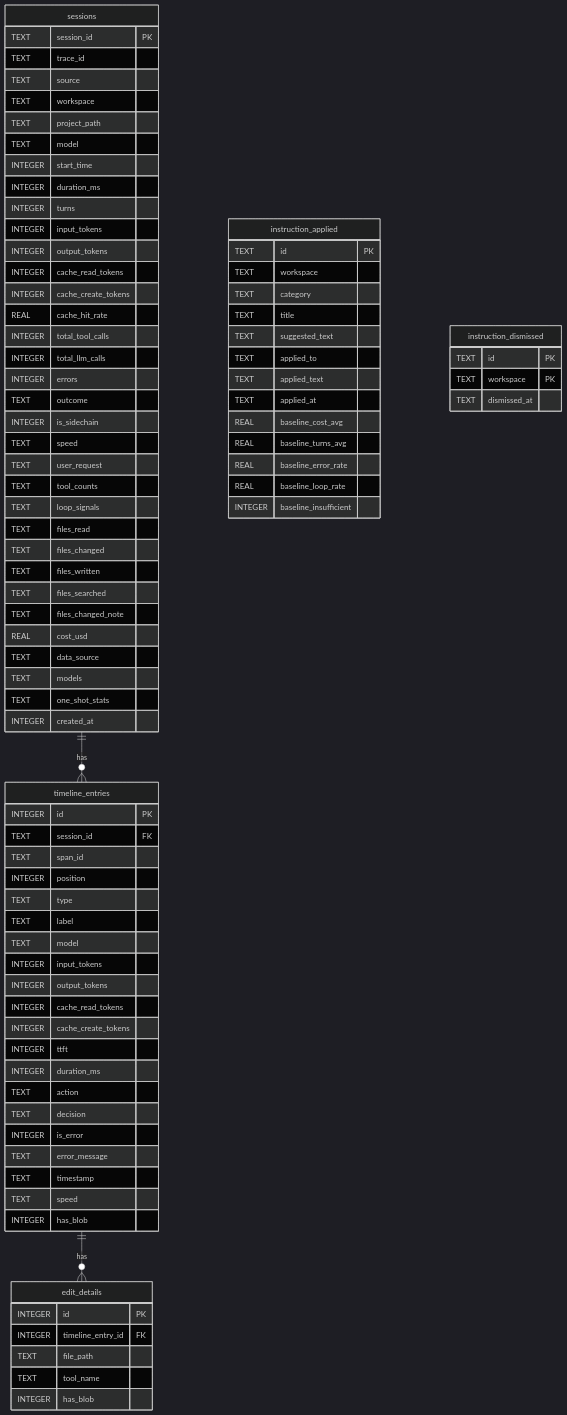
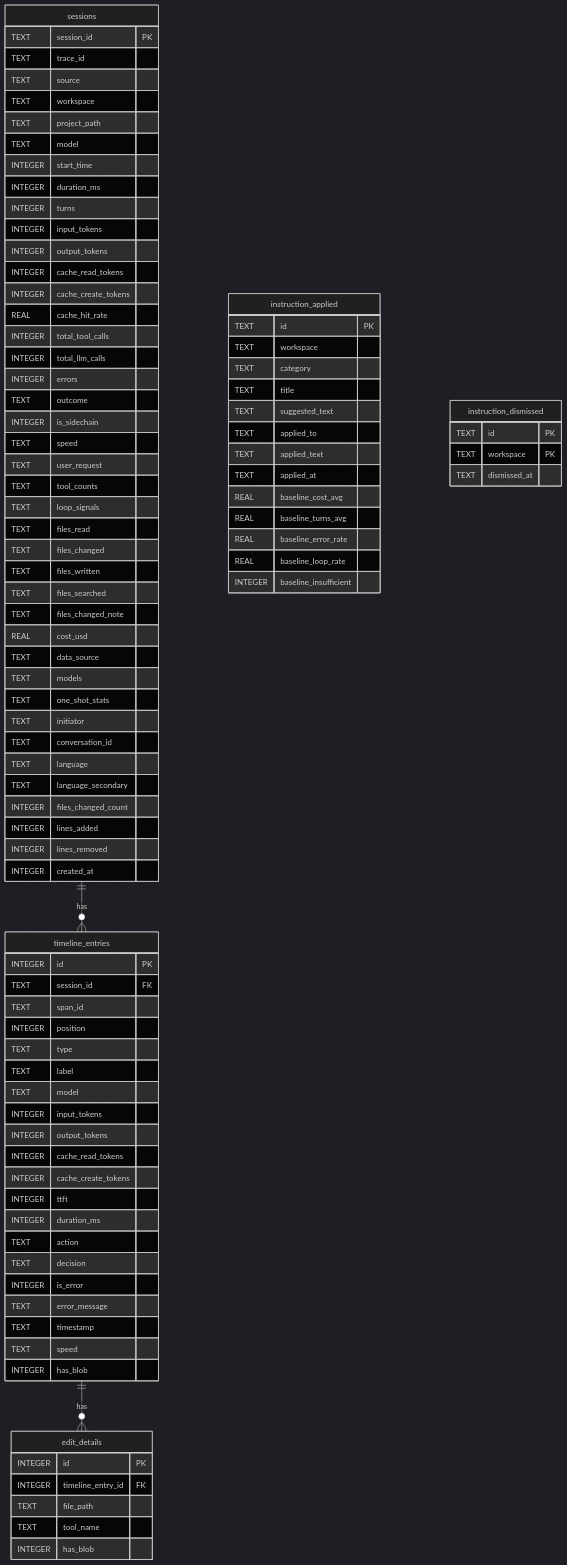
Before and after one commit to traceroost/core: the eighth of 20 diagrams in ARCHITECTURE.md, drawn with Mermaid (dark theme). The commit also changed other lines of this file and 48 other files, not shown here.

```diff
--- a/ARCHITECTURE.md
+++ b/ARCHITECTURE.md
@@ -462,6 +470,13 @@
         TEXT data_source
         TEXT models
         TEXT one_shot_stats
+        TEXT initiator
+        TEXT conversation_id
+        TEXT language
+        TEXT language_secondary
+        INTEGER files_changed_count
+        INTEGER lines_added
+        INTEGER lines_removed
         INTEGER created_at
     }
     timeline_entries {
```
